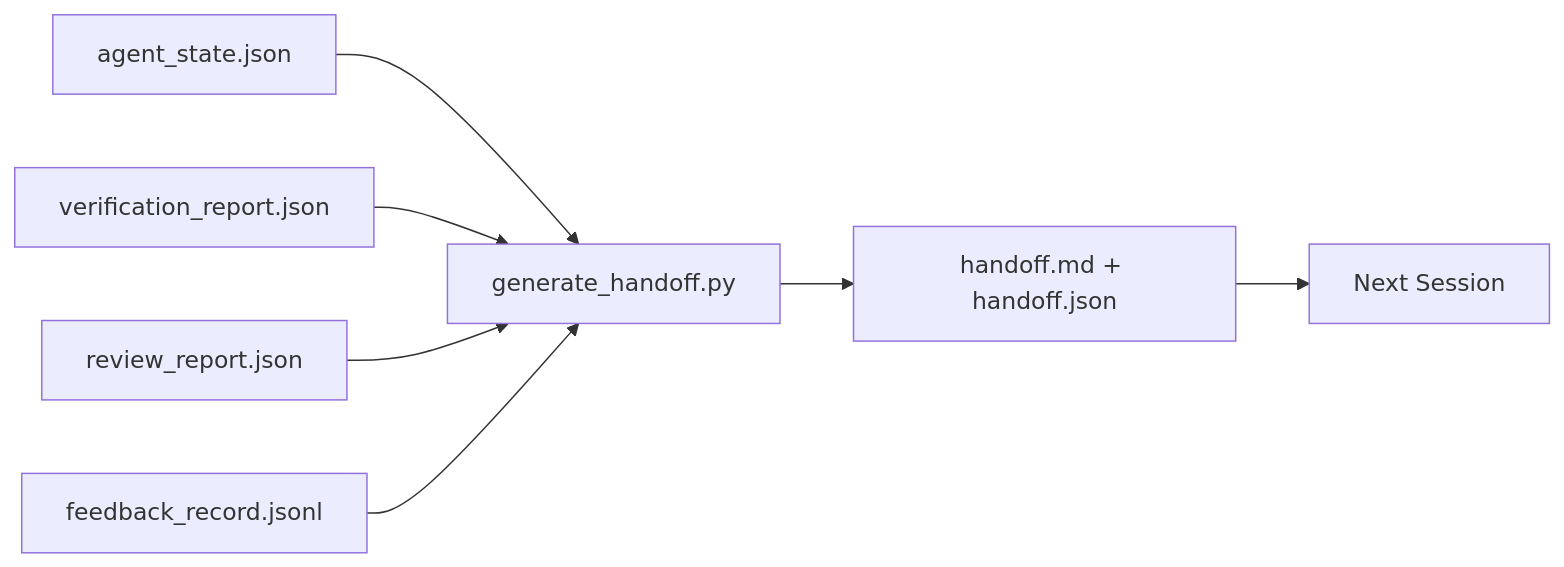
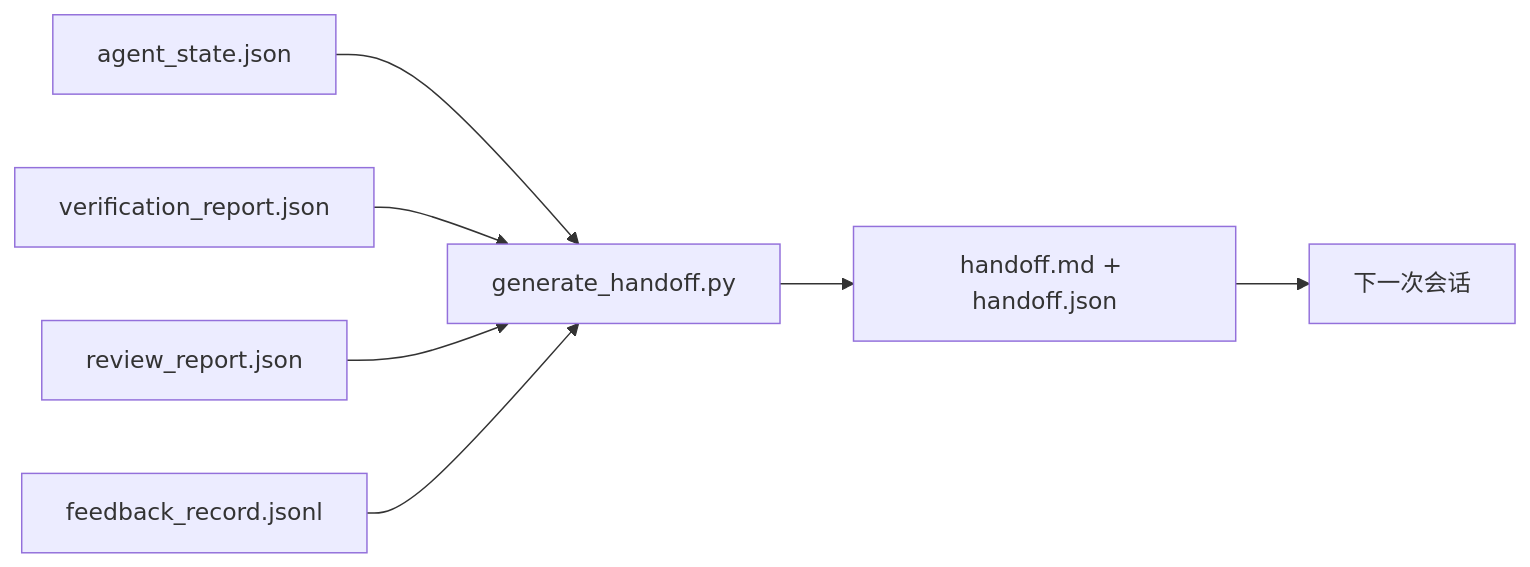
The diagram in lessons/14-agent-engineering/40-multi-session-handoff/docs/zh.md (guangningsun/ailearning), drawn with Mermaid before and after one commit. The commit also changed other lines of this file and 42 other files, not shown here.

````diff
--- a/lessons/14-agent-engineering/40-multi-session-handoff/docs/zh.md
+++ b/lessons/14-agent-engineering/40-multi-session-handoff/docs/zh.md
@@ -25,9 +25,9 @@
 ```mermaid
 flowchart LR
   State[agent_state.json] --> Generator[generate_handoff.py]
   Verdict[verification_report.json] --> Generator
   Review[review_report.json] --> Generator
   Feedback[feedback_record.jsonl] --> Generator
   Generator --> Handoff[handoff.md + handoff.json]
-  Handoff --> Next[Next Session]
+  Handoff --> Next[下一次会话]
 ```
````
